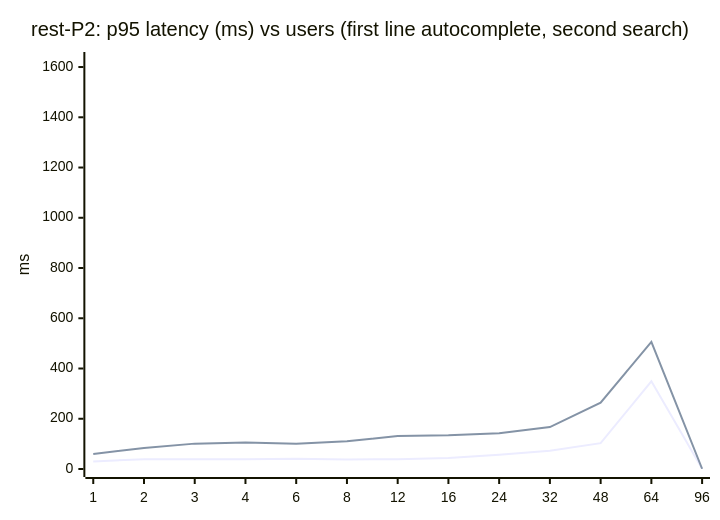
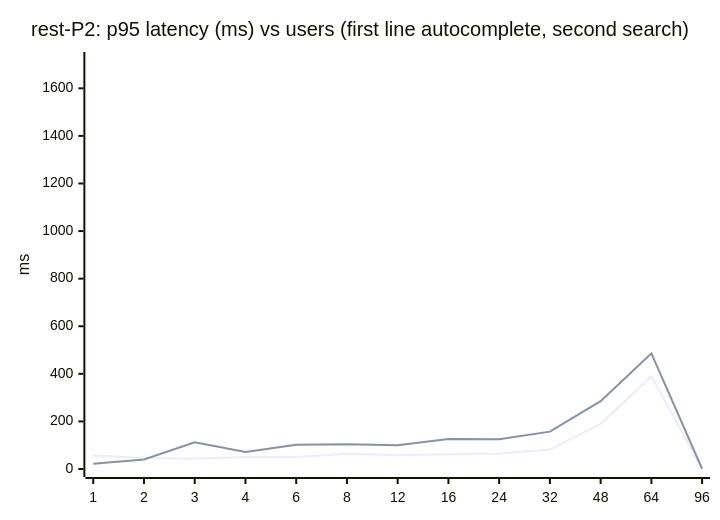
Before and after one commit to johnzastrow/pgeo: the tenth of 13 diagrams in docs/LOAD_TEST_RESULTS_PGEO.md, drawn with Mermaid. The commit also changed other lines of this file and 3 other files, not shown here.

````diff
--- a/docs/LOAD_TEST_RESULTS_PGEO.md
+++ b/docs/LOAD_TEST_RESULTS_PGEO.md
@@ -294,8 +293,8 @@
 ```mermaid
 xychart-beta
     title "rest-P2: p95 latency (ms) vs users (first line autocomplete, second search)"
     x-axis [1, 2, 3, 4, 6, 8, 12, 16, 24, 32, 48, 64, 96]
-    y-axis "ms" 0 --> 1628
-    line [30, 39, 39, 39, 41, 38, 39, 44, 57, 73, 103, 349, 1,211]
-    line [60, 84, 101, 105, 101, 110, 131, 134, 142, 167, 264, 506, 1,481]
+    y-axis "ms" 0 --> 1719
+    line [56, 47, 43, 50, 50, 64, 58, 62, 65, 82, 189, 390, 1,453]
+    line [22, 40, 112, 72, 102, 104, 100, 126, 125, 157, 285, 486, 1,564]
 ```
````
